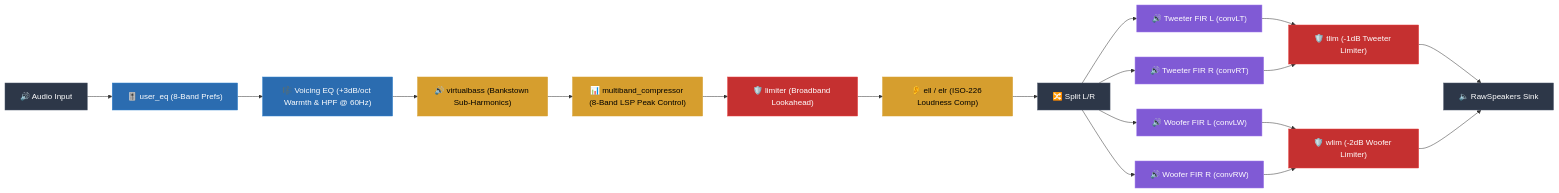
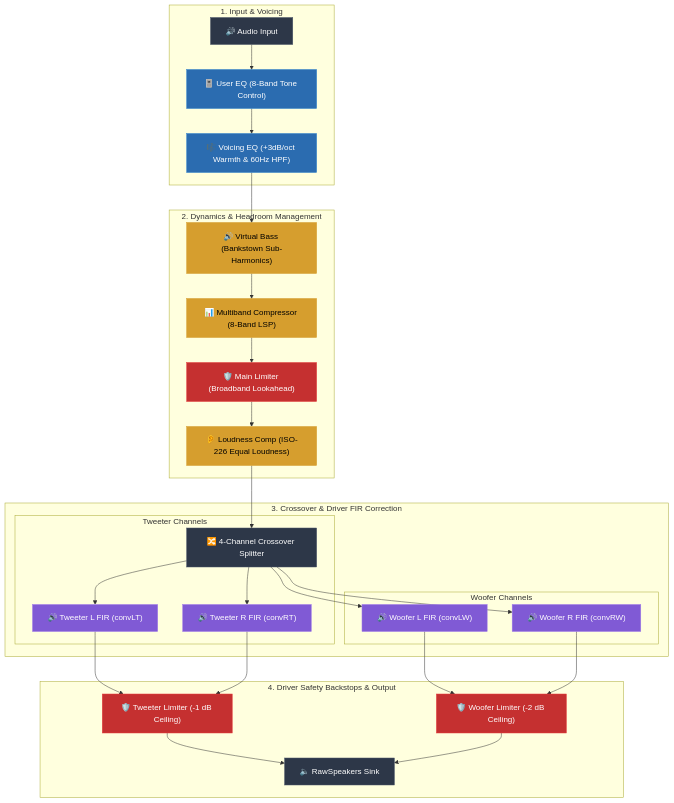
Before and after one commit to mynameisdeleted/mbp15-1-audio-dsp: the diagram in README.md, drawn with Mermaid.

Commit message:
docs: update audio processing pipeline diagram with enhanced structure and color coding
Replaced the mermaid flowchart with a more detailed vertical layout showing four distinct processing stages with improved visual organization and consistent color coding for different audio processing components.

````diff
--- a/README.md
+++ b/README.md
@@ -28,30 +28,44 @@
 ```mermaid
-flowchart LR
+flowchart TD
+    subgraph Stage1 ["1. Input & Voicing"]
+        In["🔊 Audio Input"]:::input --> UserEQ["🎚️ User EQ (8-Band Tone Control)"]:::eq
+        UserEQ --> EQ["🎼 Voicing EQ (+3dB/oct Warmth & 60Hz HPF)"]:::eq
+    end
+
+    subgraph Stage2 ["2. Dynamics & Headroom Management"]
+        EQ --> VB["🔊 Virtual Bass (Bankstown Sub-Harmonics)"]:::dynamics
+        VB --> MBComp["📊 Multiband Compressor (8-Band LSP)"]:::dynamics
+        MBComp --> Limiter["🛡️ Main Limiter (Broadband Lookahead)"]:::limiter
+        Limiter --> LoudComp["👂 Loudness Comp (ISO-226 Equal Loudness)"]:::dynamics
+    end
+
+    subgraph Stage3 ["3. Crossover & Driver FIR Correction"]
+        LoudComp --> Copy["🔀 4-Channel Crossover Splitter"]:::input
+        
+        subgraph Tweeters ["Tweeter Channels"]
+            Copy --> ConvLT["🔊 Tweeter L FIR (convLT)"]:::fir
+            Copy --> ConvRT["🔊 Tweeter R FIR (convRT)"]:::fir
+        end
+        
+        subgraph Woofers ["Woofer Channels"]
+            Copy --> ConvLW["🔊 Woofer L FIR (convLW)"]:::fir
+            Copy --> ConvRW["🔊 Woofer R FIR (convRW)"]:::fir
+        end
+    end
+
+    subgraph Stage4 ["4. Driver Safety Backstops & Output"]
+        ConvLT --> TLim["🛡️ Tweeter Limiter (-1 dB Ceiling)"]:::limiter
+        ConvRT --> TLim
+        ConvLW --> WLim["🛡️ Woofer Limiter (-2 dB Ceiling)"]:::limiter
+        ConvRW --> WLim
+
+        TLim --> Out["🔈 RawSpeakers Sink"]:::input
+        WLim --> Out
+    end
+
     classDef input fill:#2d3748,stroke:#4a5568,color:#fff;
     classDef eq fill:#2b6cb0,stroke:#3182ce,color:#fff;
     classDef dynamics fill:#d69e2e,stroke:#d69e2e,color:#000;
     classDef fir fill:#805ad5,stroke:#9f7aea,color:#fff;
     classDef limiter fill:#c53030,stroke:#e53e3e,color:#fff;
-
-    In["🔊 Audio Input"]:::input --> UserEQ["🎚️ user_eq (8-Band Prefs)"]:::eq
-    UserEQ --> EQ["🎼 Voicing EQ (+3dB/oct Warmth & HPF @ 60Hz)"]:::eq
-    EQ --> VB["🔊 virtualbass (Bankstown Sub-Harmonics)"]:::dynamics
-    VB --> MBComp["📊 multiband_compressor (8-Band LSP Peak Control)"]:::dynamics
-    MBComp --> Limiter["🛡️ limiter (Broadband Lookahead)"]:::limiter
-    Limiter --> LoudComp["👂 ell / elr (ISO-226 Loudness Comp)"]:::dynamics
-
-    LoudComp --> Copy["🔀 Split L/R"]:::input
-
-    Copy --> ConvLT["🔊 Tweeter FIR L (convLT)"]:::fir
-    Copy --> ConvRT["🔊 Tweeter FIR R (convRT)"]:::fir
-    Copy --> ConvLW["🔊 Woofer FIR L (convLW)"]:::fir
-    Copy --> ConvRW["🔊 Woofer FIR R (convRW)"]:::fir
-
-    ConvLT --> TLim["🛡️ tlim (-1dB Tweeter Limiter)"]:::limiter
-    ConvRT --> TLim
-    ConvLW --> WLim["🛡️ wlim (-2dB Woofer Limiter)"]:::limiter
-    ConvRW --> WLim
-
-    TLim --> Out["🔈 RawSpeakers Sink"]:::input
-    WLim --> Out
 ```
````
